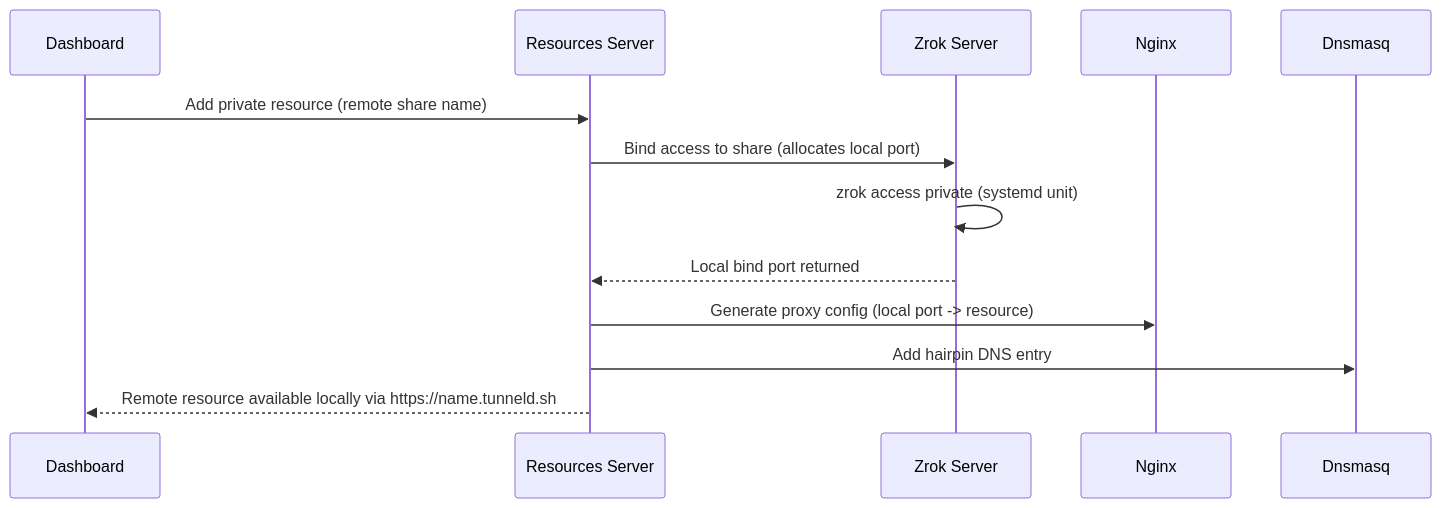
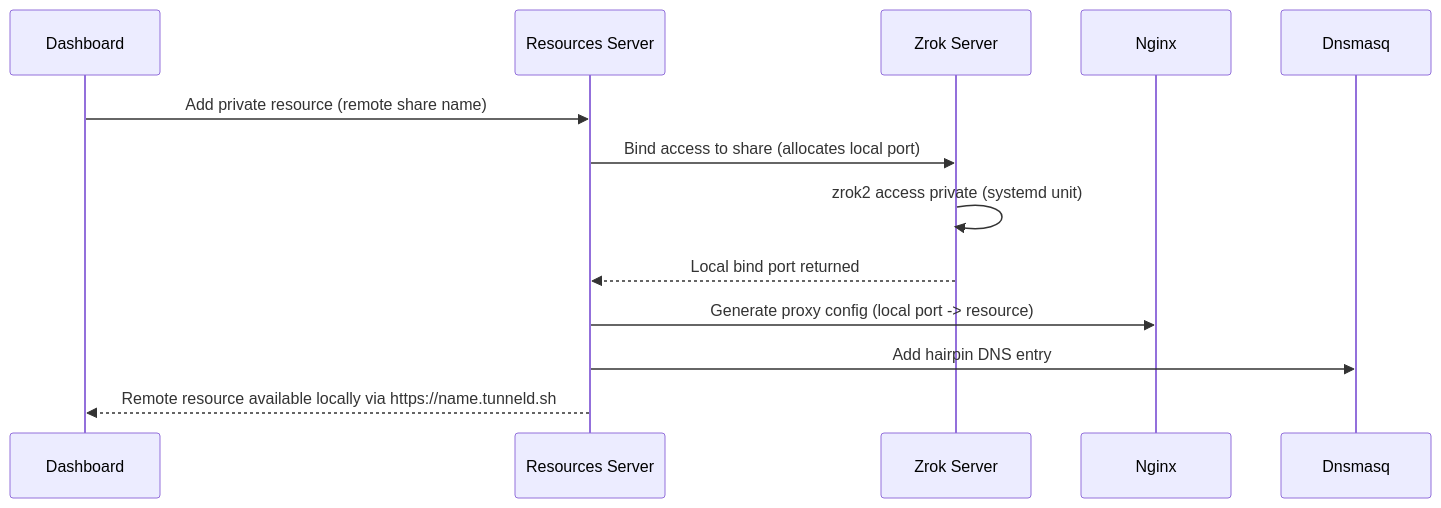
Before and after one commit to toreanjoel/tunneld: the fourth of 4 diagrams in docs/resource-lifecycle.md, drawn with Mermaid. The commit also changed other lines of this file and 7 other files, not shown here.

````diff
--- a/docs/resource-lifecycle.md
+++ b/docs/resource-lifecycle.md
@@ -64,16 +63,16 @@
 ```mermaid
 sequenceDiagram
     participant User as Dashboard
     participant Res as Resources Server
     participant Zrok as Zrok Server
     participant Nginx as Nginx
     participant DNS as Dnsmasq
 
     User->>Res: Add private resource (remote share name)
     Res->>Zrok: Bind access to share (allocates local port)
-    Zrok->>Zrok: zrok access private (systemd unit)
+    Zrok->>Zrok: zrok2 access private (systemd unit)
     Zrok-->>Res: Local bind port returned
     Res->>Nginx: Generate proxy config (local port -> resource)
     Res->>DNS: Add hairpin DNS entry
     Res-->>User: Remote resource available locally via https://name.tunneld.sh
 ```
````
